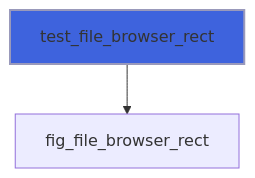
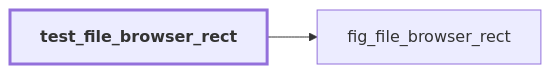
Before and after one commit to szaghi/figure: diagram 12 of 57 in docs/api/src/lib/figure_testing.md, drawn with Mermaid. The commit also changed other lines of this file and 54 other files, not shown here.

````diff
--- a/docs/api/src/lib/figure_testing.md
+++ b/docs/api/src/lib/figure_testing.md
@@ -396,5 +479,7 @@
 ```mermaid
-flowchart TD
+flowchart LR
   test_file_browser_rect["test_file_browser_rect"] --> fig_file_browser_rect["fig_file_browser_rect"]
-  style test_file_browser_rect fill:#3e63dd,stroke:#99b,stroke-width:2px
+  classDef focus stroke-width:3px,font-weight:bold
+  class test_file_browser_rect focus
+  click fig_file_browser_rect href "figure_c_native.html#fig-file-browser-rect" "fig_file_browser_rect"
 ```
````
